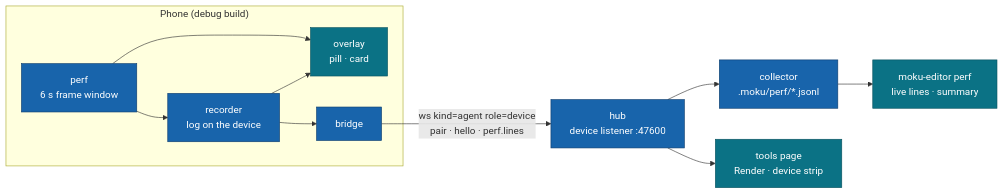
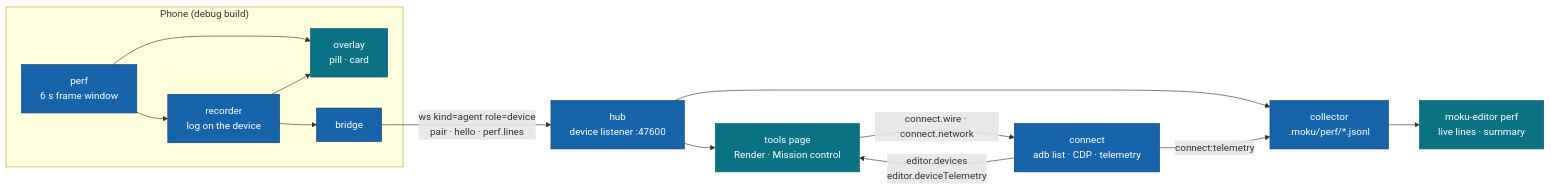
Before and after one commit to moku-labs/editor: the first of 5 diagrams in README.md, drawn with Mermaid. The commit also changed other lines of this file and 25 other files, not shown here.

First line of the commit message:
fix(renderView): rest rate from the budget, spark marks and trend; docs for Mission control

````diff
--- a/README.md
+++ b/README.md
@@ -617,17 +716,20 @@
 ```mermaid
 flowchart LR
   subgraph phone ["Phone (debug build)"]
     P["perf<br/>6 s frame window"] --> R["recorder<br/>log on the device"]
     P --> O["overlay<br/>pill · card"]
     R --> O
     R --> B["bridge"]
   end
   B -- "ws kind=agent role=device<br/>pair · hello · perf.lines" --> H["hub<br/>device listener :47600"]
   H --> C["collector<br/>.moku/perf/*.jsonl"]
-  H --> T["tools page<br/>Render · device strip"]
+  H --> T["tools page<br/>Render · Mission control"]
+  K["connect<br/>adb list · CDP · telemetry"] -- "editor.devices<br/>editor.deviceTelemetry" --> T
+  K -- "connect:telemetry" --> C
+  T -- "connect.wire · connect.network" --> K
   C --> CLI["moku-editor perf<br/>live lines · summary"]
   classDef u fill:#0b7285,stroke:#08525f,color:#fff;
   classDef m fill:#1864ab,stroke:#0d3d6e,color:#fff;
   class O,T,CLI u
-  class P,R,B,H,C m
+  class P,R,B,H,C,K m
 ```
````
